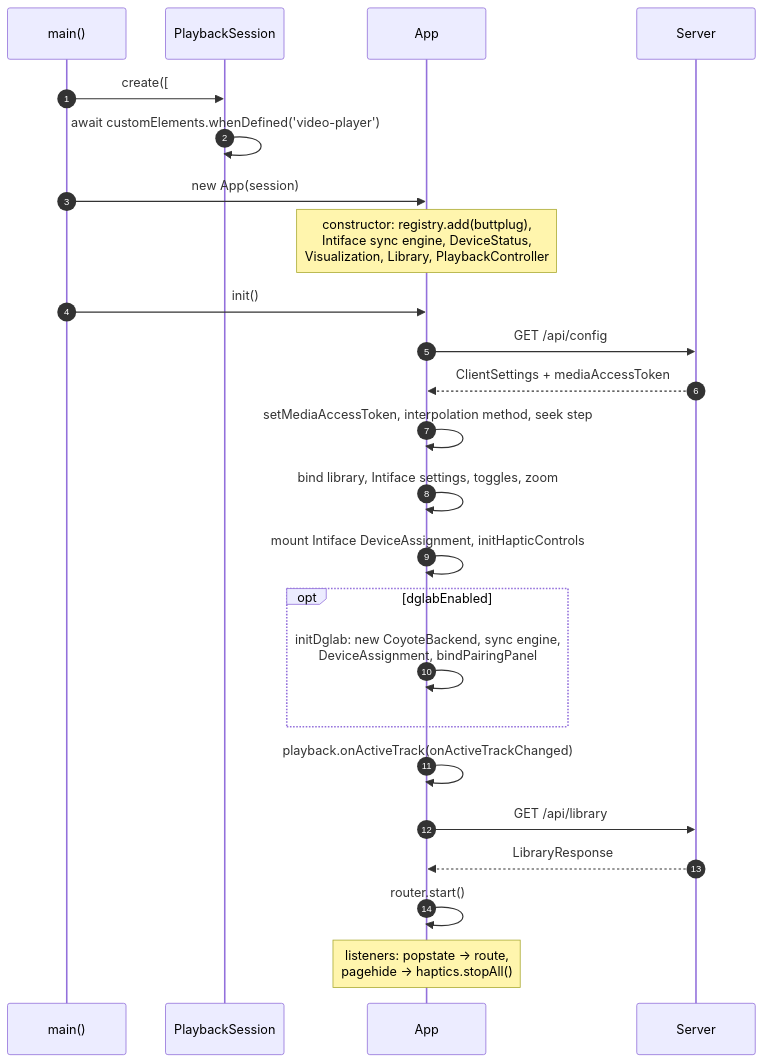
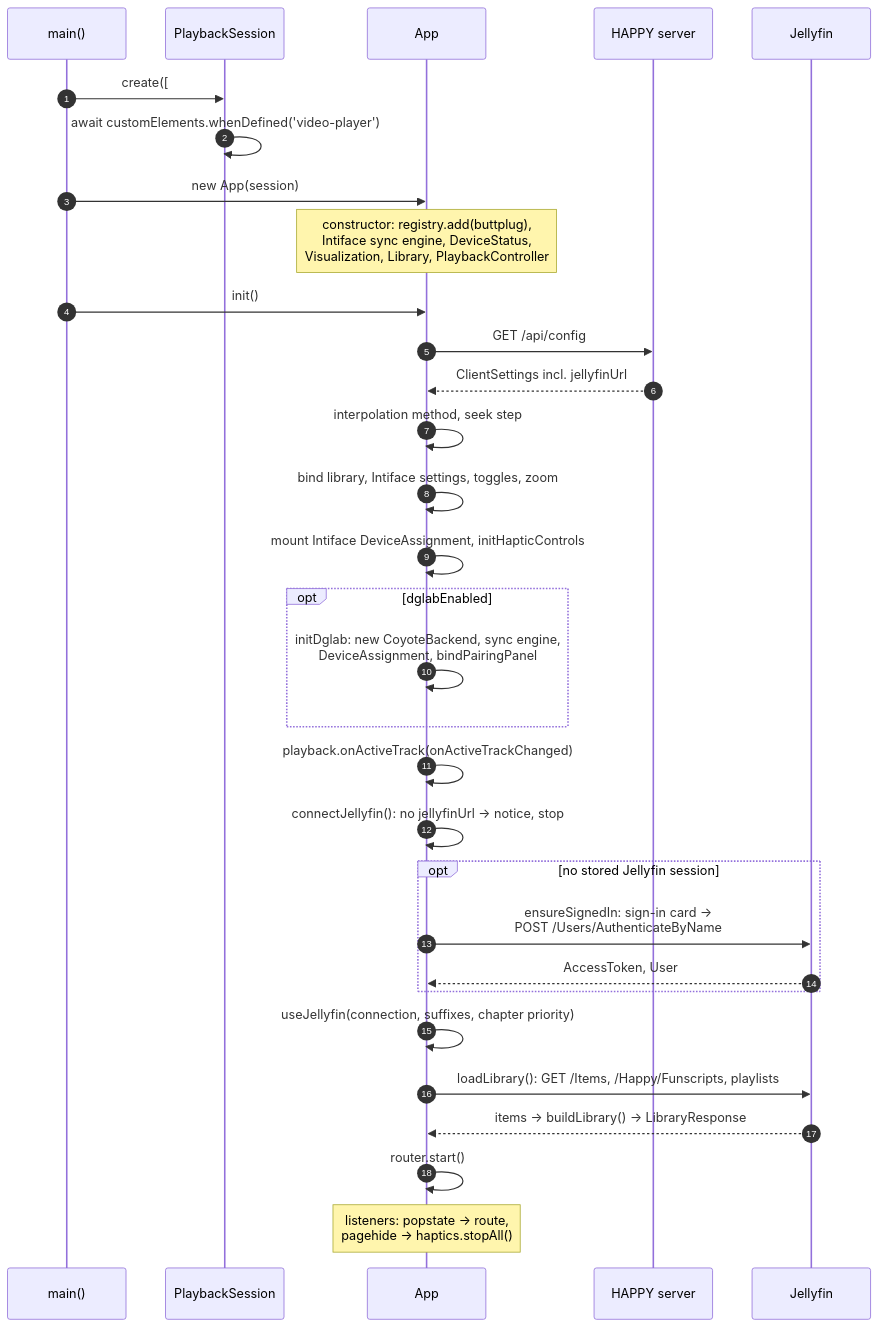
The second of 5 diagrams in docs/developer/client.md (lumbar-spine-support/docker-haptic-player), drawn with Mermaid before and after one commit. The commit also changed other lines of this file and 16 other files, not shown here.

First line of the commit message:
docs: describe the Jellyfin-backed architecture

````diff
--- a/docs/developer/client.md
+++ b/docs/developer/client.md
@@ -65,27 +65,34 @@
 ```mermaid
 sequenceDiagram
   autonumber
   participant M as main()
   participant PS as PlaybackSession
   participant A as App
-  participant S as Server
+  participant S as HAPPY server
+  participant J as Jellyfin
 
   M->>PS: create([#player-slot-a, #player-slot-b])
   PS->>PS: await customElements.whenDefined('video-player')
   M->>A: new App(session)
   Note over A: constructor: registry.add(buttplug),<br/>Intiface sync engine, DeviceStatus,<br/>Visualization, Library, PlaybackController
   M->>A: init()
   A->>S: GET /api/config
-  S-->>A: ClientSettings + mediaAccessToken
-  A->>A: setMediaAccessToken, interpolation method, seek step
+  S-->>A: ClientSettings incl. jellyfinUrl
+  A->>A: interpolation method, seek step
   A->>A: bind library, Intiface settings, toggles, zoom
   A->>A: mount Intiface DeviceAssignment, initHapticControls
   opt dglabEnabled
     A->>A: initDglab: new CoyoteBackend, sync engine,<br/>DeviceAssignment, bindPairingPanel
   end
   A->>A: playback.onActiveTrack(onActiveTrackChanged)
-  A->>S: GET /api/library
-  S-->>A: LibraryResponse
+  A->>A: connectJellyfin(): no jellyfinUrl → notice, stop
+  opt no stored Jellyfin session
+    A->>J: ensureSignedIn: sign-in card →<br/>POST /Users/AuthenticateByName
+    J-->>A: AccessToken, User
+  end
+  A->>A: useJellyfin(connection, suffixes, chapter priority)
+  A->>J: loadLibrary(): GET /Items, /Happy/Funscripts, playlists
+  J-->>A: items → buildLibrary() → LibraryResponse
   A->>A: router.start()
   Note over A: listeners: popstate → route,<br/>pagehide → haptics.stopAll()
 ```
````
